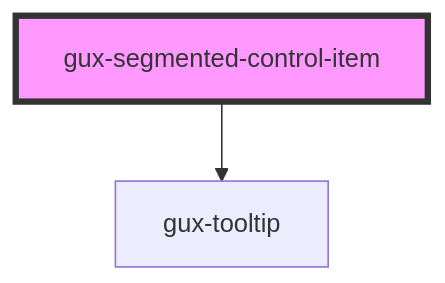
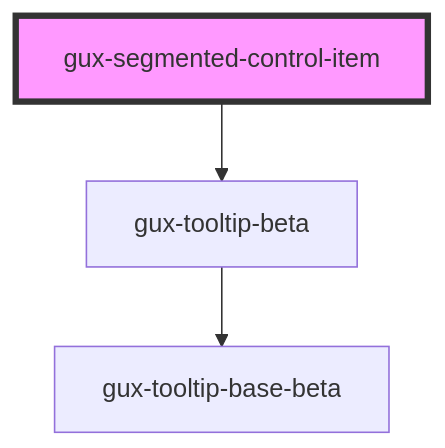
Before and after one commit to MyPureCloud/genesys-spark: the diagram in packages/genesys-spark-components/src/components/beta/gux-segmented-control/gux-segmented-control-item/readme.md, drawn with Mermaid. The commit also changed other lines of this file and 33 other files, not shown here.

First line of the commit message:
feat(segmented-control-beta): Styling change

````diff
--- a/packages/genesys-spark-components/src/components/beta/gux-segmented-control/gux-segmented-control-item/readme.md
+++ b/packages/genesys-spark-components/src/components/beta/gux-segmented-control/gux-segmented-control-item/readme.md
@@ -31,5 +31,6 @@
 ```mermaid
 graph TD;
-  gux-segmented-control-item --> gux-tooltip
+  gux-segmented-control-item --> gux-tooltip-beta
+  gux-tooltip-beta --> gux-tooltip-base-beta
   style gux-segmented-control-item fill:#f9f,stroke:#333,stroke-width:4px
 ```
````
